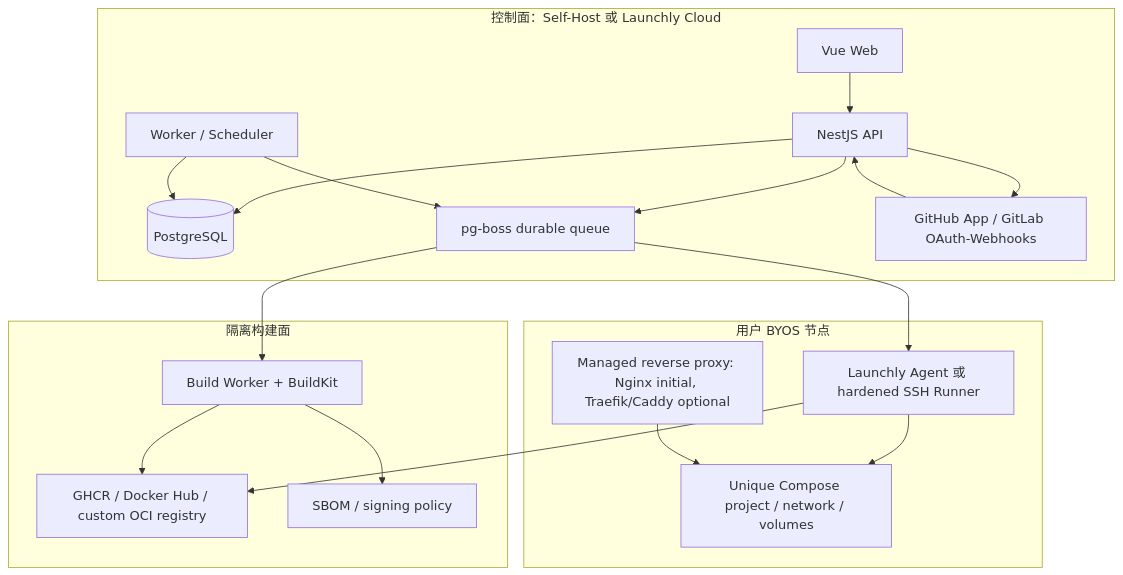
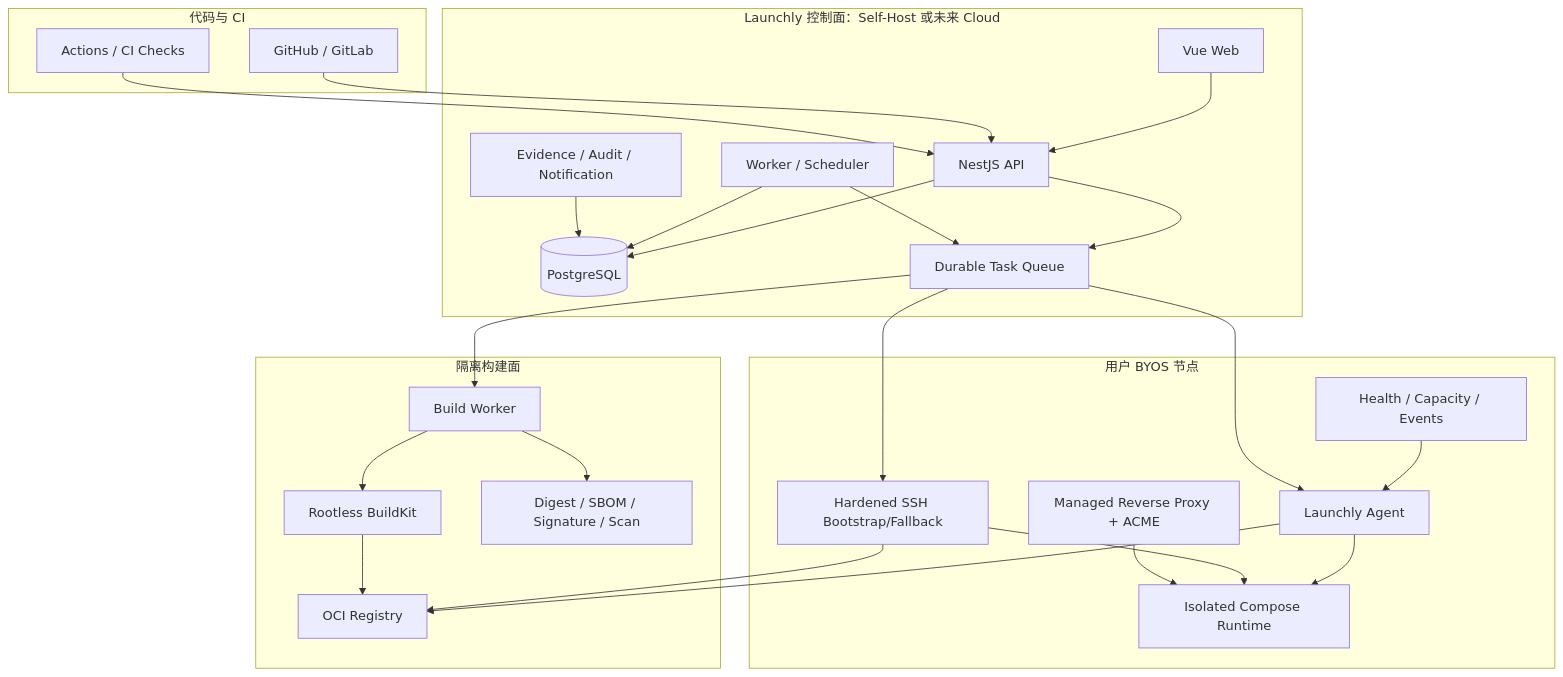
The diagram in docs/basic/技术架构规范.md (tppc-linksc/Launchly), drawn with Mermaid before and after one commit. The commit also changed other lines of this file and 12 other files, not shown here.

````diff
--- a/docs/basic/技术架构规范.md
+++ b/docs/basic/技术架构规范.md
@@ -18,23 +20,37 @@
 ```mermaid
 flowchart TB
-  subgraph CP["控制面：Self-Host 或 Launchly Cloud"]
+  subgraph GIT["代码与 CI"]
+    PROVIDER["GitHub / GitLab"]
+    CHECKS["Actions / CI Checks"]
+  end
+
+  subgraph CP["Launchly 控制面：Self-Host 或未来 Cloud"]
     WEB["Vue Web"] --> API["NestJS API"]
     API --> PG[("PostgreSQL")]
-    API --> Q["pg-boss durable queue"]
-    WORKER["Worker / Scheduler"] --> Q
-    WORKER --> PG
-    API --> GIT["GitHub App / GitLab OAuth-Webhooks"]
+    API --> QUEUE["Durable Task Queue"]
+    SCHED["Worker / Scheduler"] --> QUEUE
+    SCHED --> PG
+    EVIDENCE["Evidence / Audit / Notification"] --> PG
   end
+
   subgraph BUILD["隔离构建面"]
-    BW["Build Worker + BuildKit"] --> REG["GHCR / Docker Hub / custom OCI registry"]
-    BW --> SBOM["SBOM / signing policy"]
+    BW["Build Worker"] --> BK["Rootless BuildKit"]
+    BK --> REG["OCI Registry"]
+    BW --> SUPPLY["Digest / SBOM / Signature / Scan"]
   end
+
   subgraph BYOS["用户 BYOS 节点"]
-    AGENT["Launchly Agent 或 hardened SSH Runner"] --> REG
-    AGENT --> RT["Unique Compose project / network / volumes"]
-    RP["Managed reverse proxy: Nginx initial, Traefik/Caddy optional"] --> RT
+    AGENT["Launchly Agent"] --> RUNTIME["Isolated Compose Runtime"]
+    SSH["Hardened SSH Bootstrap/Fallback"] --> RUNTIME
+    PROXY["Managed Reverse Proxy + ACME"] --> RUNTIME
+    NODEOBS["Health / Capacity / Events"] --> AGENT
   end
-  Q --> BW
-  Q --> AGENT
-  GIT --> API
+
+  PROVIDER --> API
+  CHECKS --> API
+  QUEUE --> BW
+  QUEUE --> AGENT
+  QUEUE --> SSH
+  AGENT --> REG
+  SSH --> REG
 ```
````
